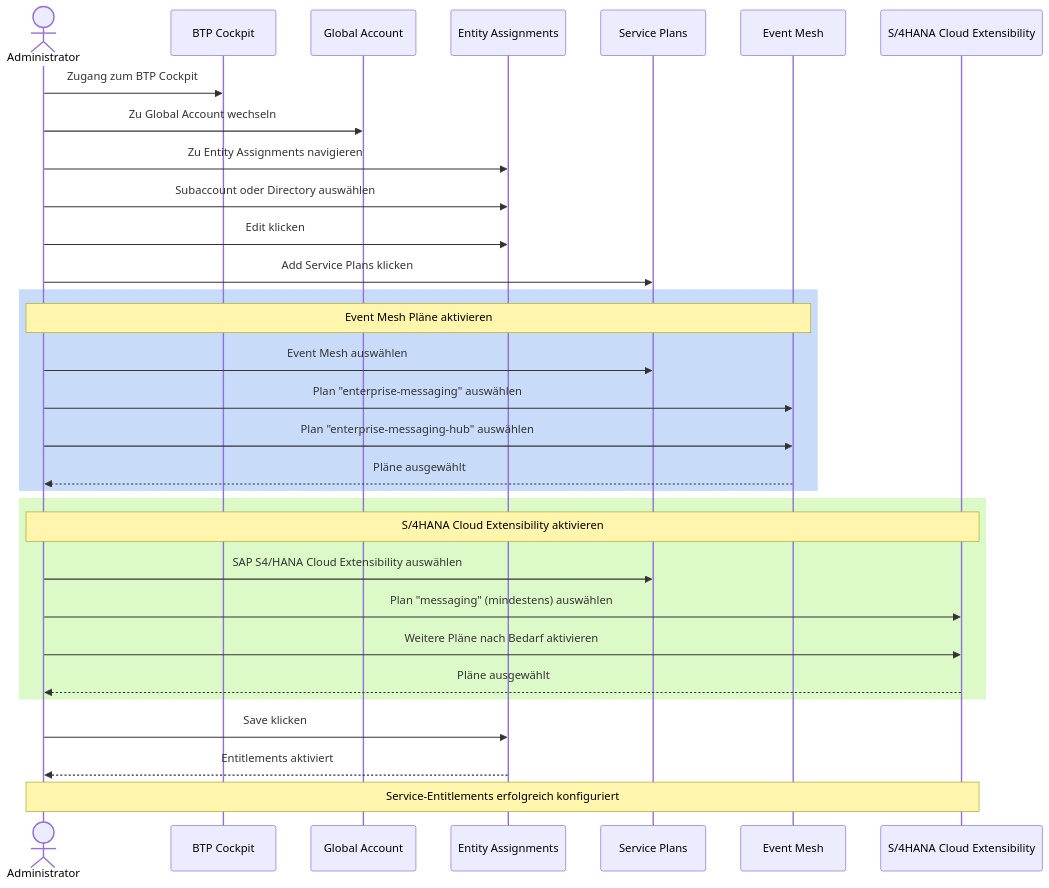
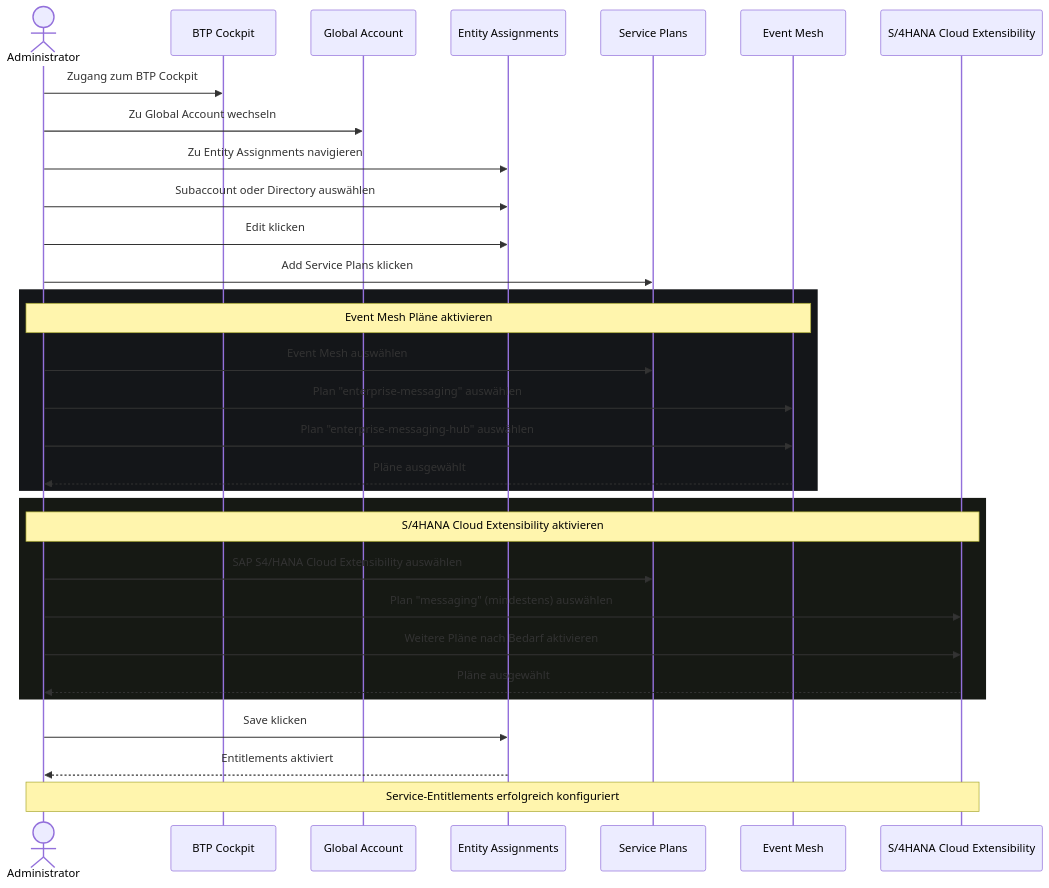
One commit to tq-bit/public-notes changed the diagram in content/SAP Integration Suite/How-Tos/Deployment von Event Mesh & Cloud Messaging im Subaccount ermöglichen.md. Above: the diagram before and after it, drawn with Mermaid. The commit also changed 10 other files, not shown here.

````diff
--- a/content/SAP Integration Suite/How-Tos/Deployment von Event Mesh & Cloud Messaging im Subaccount ermöglichen.md
+++ b/content/SAP Integration Suite/How-Tos/Deployment von Event Mesh & Cloud Messaging im Subaccount ermöglichen.md
@@ -33,39 +33,39 @@
 ```mermaid
 sequenceDiagram
     actor Admin as Administrator
     participant BTP as BTP Cockpit
     participant GA as Global Account
     participant EA as Entity Assignments
     participant SP as Service Plans
     participant EM as Event Mesh
     participant S4 as S/4HANA Cloud Extensibility
 
     Admin->>BTP: Zugang zum BTP Cockpit
     Admin->>GA: Zu Global Account wechseln
     Admin->>EA: Zu Entity Assignments navigieren
     Admin->>EA: Subaccount oder Directory auswählen
     
     Admin->>EA: Edit klicken
     Admin->>SP: Add Service Plans klicken
     
-    rect rgb(200, 220, 250)
+    rect rgb(20, 22, 25)
         Note over Admin,EM: Event Mesh Pläne aktivieren
         Admin->>SP: Event Mesh auswählen
         Admin->>EM: Plan "enterprise-messaging" auswählen
         Admin->>EM: Plan "enterprise-messaging-hub" auswählen
         EM-->>Admin: Pläne ausgewählt
     end
     
-    rect rgb(220, 250, 200)
+    rect rgb(22, 25, 20)
         Note over Admin,S4: S/4HANA Cloud Extensibility aktivieren
         Admin->>SP: SAP S4/HANA Cloud Extensibility auswählen
         Admin->>S4: Plan "messaging" (mindestens) auswählen
         Admin->>S4: Weitere Pläne nach Bedarf aktivieren
         S4-->>Admin: Pläne ausgewählt
     end
     
     Admin->>EA: Save klicken
     EA-->>Admin: Entitlements aktiviert
     
     Note over Admin,S4: Service-Entitlements erfolgreich konfiguriert
 ```
````
